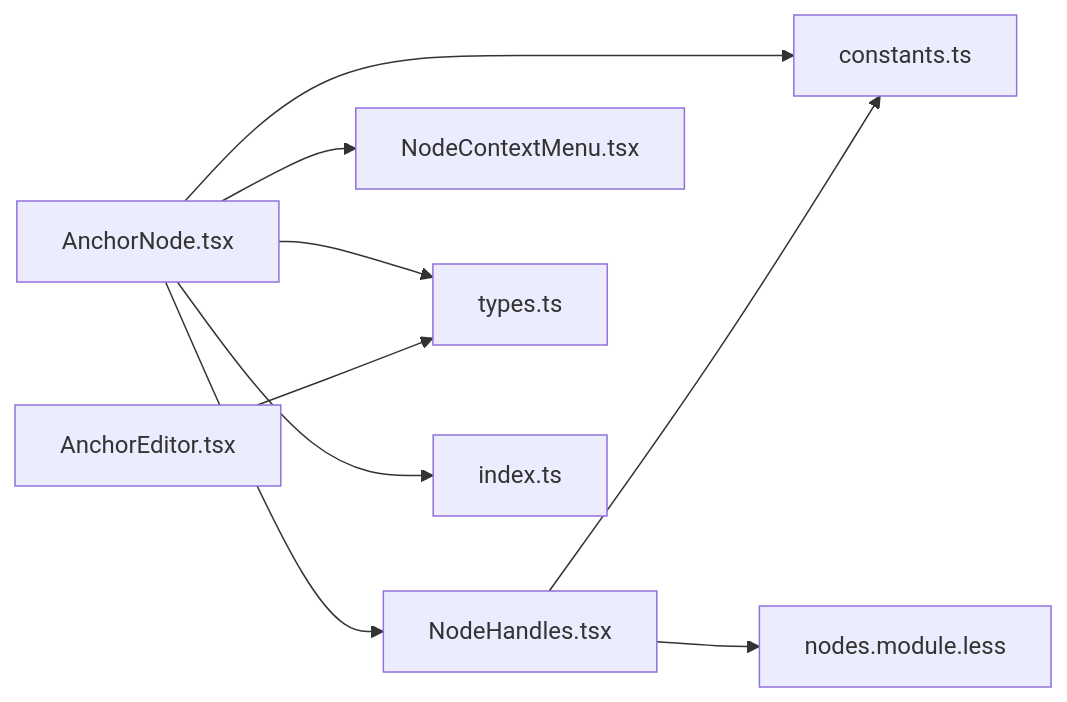
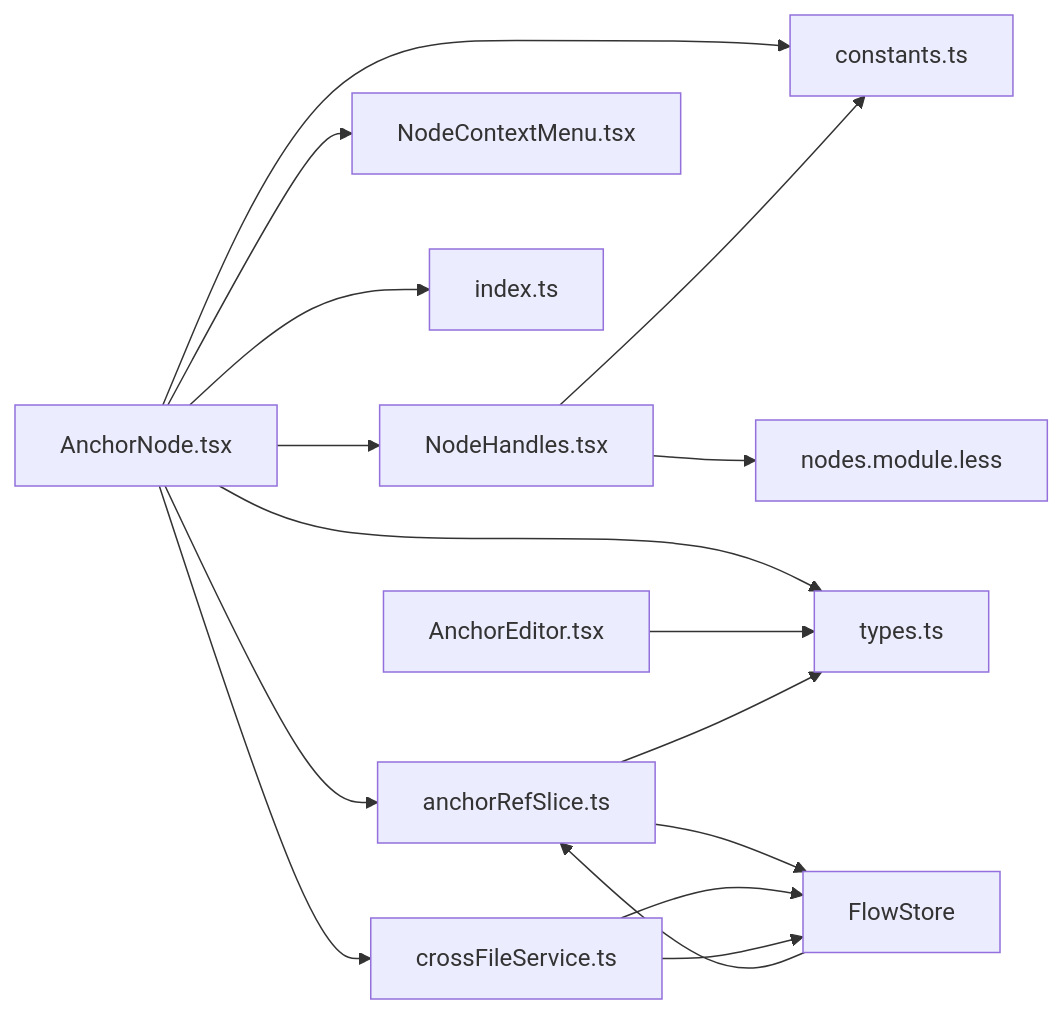
Diagram 11 of 11 in .qoder/repowiki/zh/content/核心概念/节点系统/Anchor节点.md (kqcoxn/MaaPipelineEditor), drawn with Mermaid before and after one commit. The commit also changed other lines of this file and 19 other files, not shown here.

````diff
--- a/.qoder/repowiki/zh/content/核心概念/节点系统/Anchor节点.md
+++ b/.qoder/repowiki/zh/content/核心概念/节点系统/Anchor节点.md
@@ -319,11 +503,18 @@
 ```mermaid
 graph LR
 AN["AnchorNode.tsx"] --> NH["NodeHandles.tsx"]
 AN --> NC["NodeContextMenu.tsx"]
 AN --> T["types.ts"]
 AN --> C["constants.ts"]
 AN --> IDX["index.ts"]
+AN --> ARS["anchorRefSlice.ts"]
+AN --> CF["crossFileService.ts"]
 NH --> C
 NH --> S["nodes.module.less"]
 AE["AnchorEditor.tsx"] --> T
+ARS --> T
+ARS --> FS["FlowStore"]
+CF --> FS
+FS --> ARS
+CF --> FS
 ```
````
